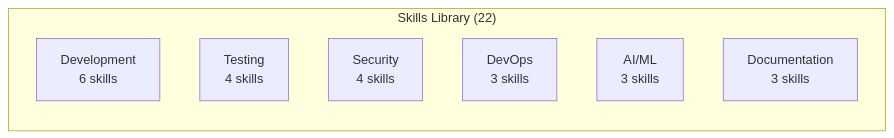
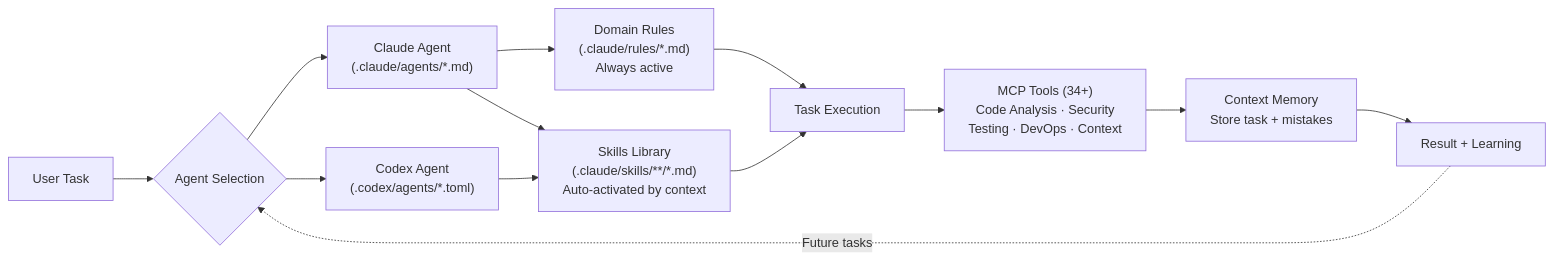
One commit to KhaiTrang1995/AI-Agents-Orchestrator changed diagram 25 of 27 in ARCHITECTURE.md. Above: the diagram before and after it, drawn with Mermaid. The commit also changed other lines of this file, not shown here.

First line of the commit message:
docs: expand Graph Context System and Agentic Infrastructure in ARCHITECTURE.md

````diff
--- a/ARCHITECTURE.md
+++ b/ARCHITECTURE.md
@@ -1056,11 +1323,19 @@
 ```mermaid
-graph LR
-    subgraph Skills["Skills Library (22)"]
-        DEV[Development<br/>6 skills]
-        TEST[Testing<br/>4 skills]
-        SEC[Security<br/>4 skills]
-        OPS[DevOps<br/>3 skills]
-        ML[AI/ML<br/>3 skills]
-        DOC[Documentation<br/>3 skills]
-    end
+flowchart LR
+    USER[User Task] --> SELECT{Agent Selection}
+    SELECT --> CLAUDE["Claude Agent<br/>(.claude/agents/*.md)"]
+    SELECT --> CODEX["Codex Agent<br/>(.codex/agents/*.toml)"]
+
+    CLAUDE --> RULES["Domain Rules<br/>(.claude/rules/*.md)<br/>Always active"]
+    CLAUDE --> SKILLS["Skills Library<br/>(.claude/skills/**/*.md)<br/>Auto-activated by context"]
+    CODEX --> SKILLS
+
+    RULES --> EXEC[Task Execution]
+    SKILLS --> EXEC
+
+    EXEC --> MCP["MCP Tools (34+)<br/>Code Analysis · Security<br/>Testing · DevOps · Context"]
+    MCP --> CTX["Context Memory<br/>Store task + mistakes"]
+    CTX --> RESULT[Result + Learning]
+
+    RESULT -.->|Future tasks| SELECT
 ```
````
